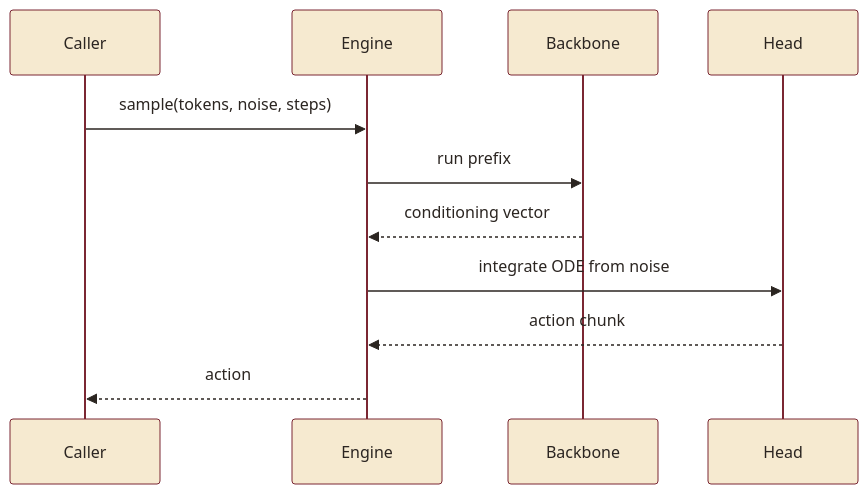
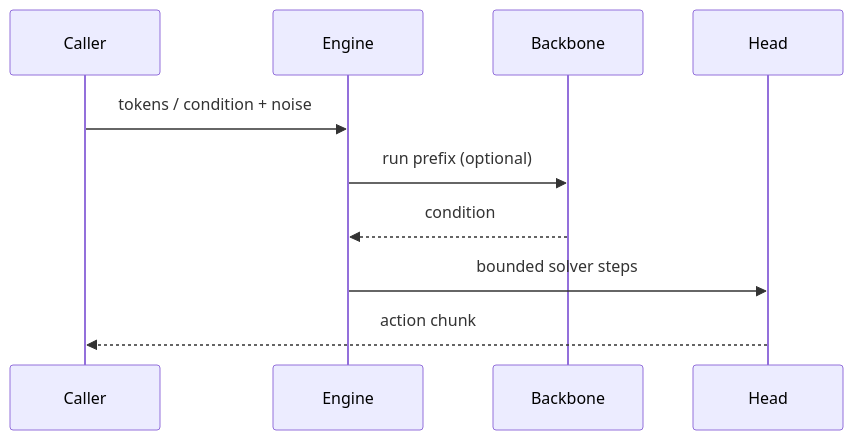
The third of 3 diagrams in docs/architecture/overview.md (elprofesoriqo/FlowEdge), drawn with Mermaid before and after one commit. The commit also changed other lines of this file and 16 other files, not shown here.

````diff
--- a/docs/architecture/overview.md
+++ b/docs/architecture/overview.md
@@ -53,14 +43,12 @@
 ```{mermaid}
-%%{init: {'theme':'base','flowchart':{'htmlLabels':false,'nodeSpacing':28,'rankSpacing':34,'useMaxWidth':false},'themeVariables':{'primaryColor':'#f6ead0','primaryBorderColor':'#7b2733','lineColor':'#7b2733','primaryTextColor':'#2b2521','secondaryColor':'#eaddbf','tertiaryColor':'#faf3e2','fontFamily':'system-ui, -apple-system, Segoe UI, Roboto, sans-serif','fontSize':'13px'}}}%%
 sequenceDiagram
   participant U as Caller
   participant E as Engine
   participant B as Backbone
   participant H as Head
-  U->>E: sample(tokens, noise, steps)
-  E->>B: run prefix
-  B-->>E: conditioning vector
-  E->>H: integrate ODE from noise
-  H-->>E: action chunk
-  E-->>U: action
+  U->>E: tokens / condition + noise
+  E->>B: run prefix (optional)
+  B-->>E: condition
+  E->>H: bounded solver steps
+  H-->>U: action chunk
 ```
````
